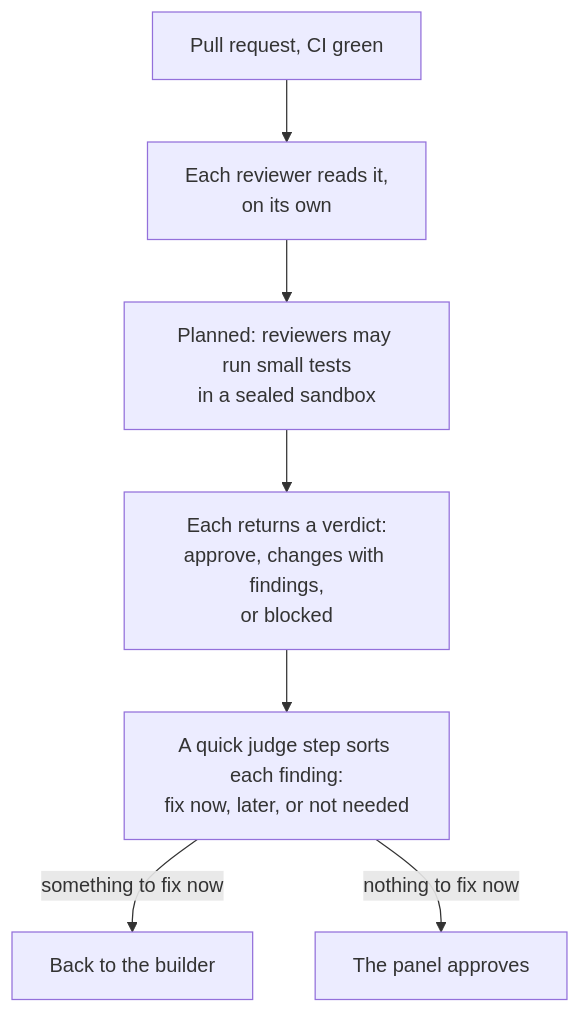
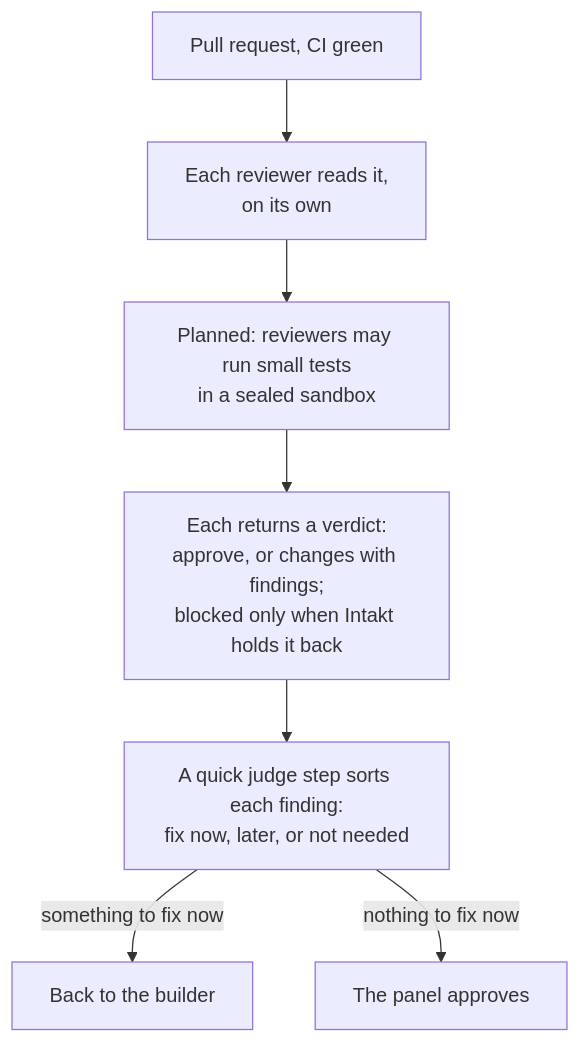
Before and after one commit to shinyredapples/intakt: the fourth of 5 diagrams in docs/guide/the-journey-of-a-task.md, drawn with Mermaid. The commit also changed 7 other files, not shown here.

Commit message:
docs(review): describe a reviewer's blocked answer with findings recorded as changes

````diff
--- a/docs/guide/the-journey-of-a-task.md
+++ b/docs/guide/the-journey-of-a-task.md
@@ -94,9 +94,9 @@
 ```mermaid
 flowchart TD
   pr[Pull request, CI green] --> panel[Each reviewer reads it,<br/>on its own]
   panel --> probes[Planned: reviewers may run small tests<br/>in a sealed sandbox]
-  probes --> verdicts[Each returns a verdict:<br/>approve, changes with findings,<br/>or blocked]
+  probes --> verdicts[Each returns a verdict:<br/>approve, or changes with findings;<br/>blocked only when Intakt holds it back]
   verdicts --> judge[A quick judge step sorts each finding:<br/>fix now, later, or not needed]
   judge -- something to fix now --> build[Back to the builder]
   judge -- nothing to fix now --> pass[The panel approves]
 ```
````
